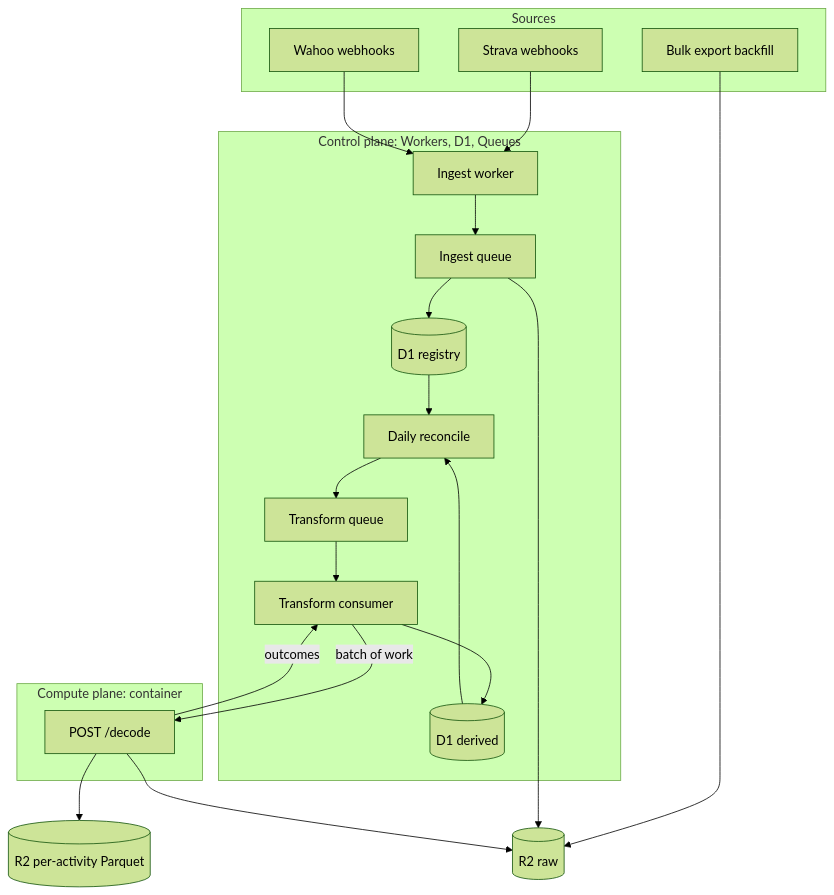
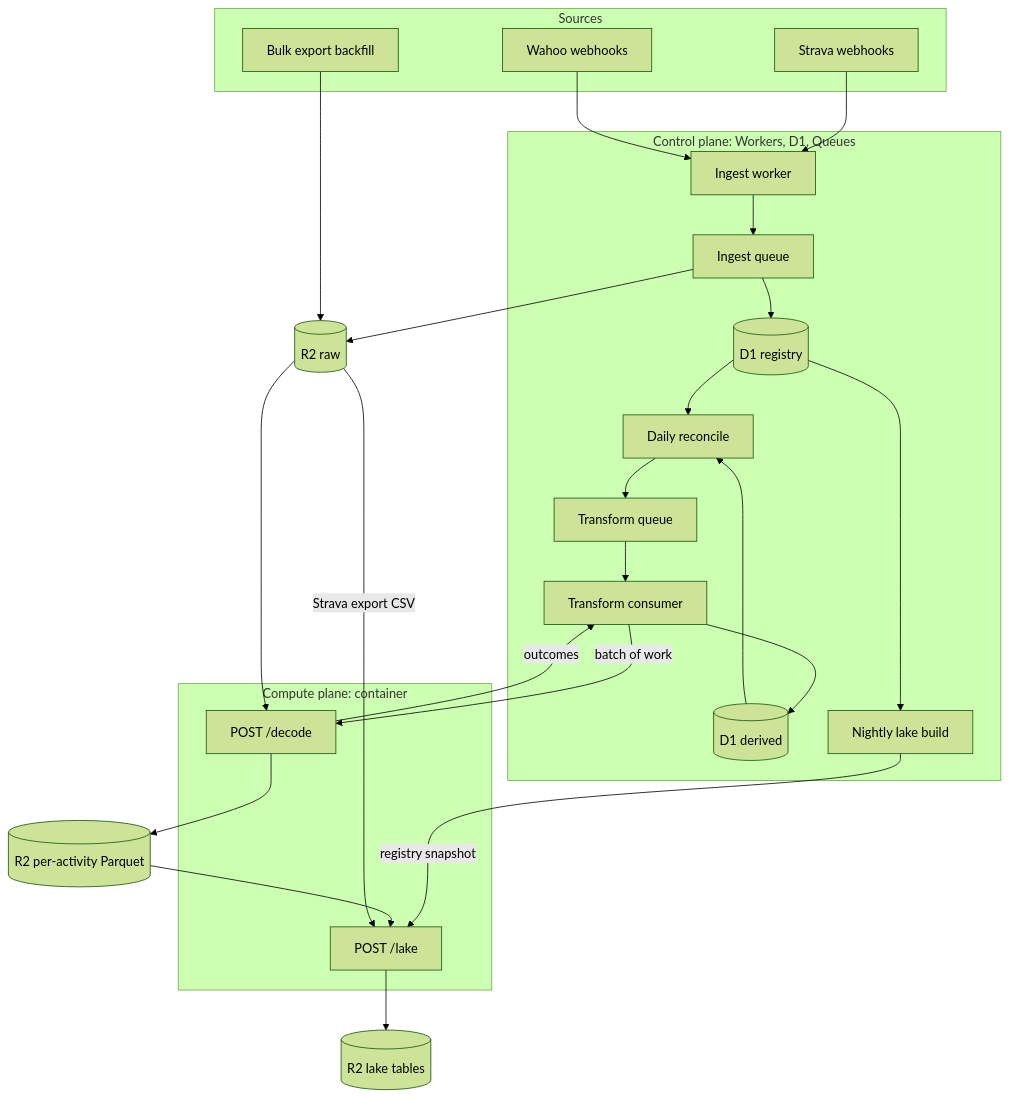
One commit to bendrucker/activity-hub changed the first of 2 diagrams in README.md. Above: the diagram before and after it, drawn with Mermaid (forest theme). The commit also changed other lines of this file and 20 other files, not shown here.

````diff
--- a/README.md
+++ b/README.md
@@ -13,36 +13,43 @@
 ```mermaid
 flowchart TB
     subgraph sources[Sources]
         strava[Strava webhooks]
         wahoo[Wahoo webhooks]
         export[Bulk export backfill]
     end
 
     subgraph control[Control plane: Workers, D1, Queues]
         ingest[Ingest worker]
         iqueue[Ingest queue]
         registry[(D1 registry)]
         cron[Daily reconcile]
         tqueue[Transform queue]
         consumer[Transform consumer]
         derived[(D1 derived)]
+        lakecron[Nightly lake build]
     end
 
     subgraph compute[Compute plane: container]
         decode[POST /decode]
+        lake[POST /lake]
     end
 
     strava --> ingest
     wahoo --> ingest
     ingest --> iqueue --> registry
     export --> raw
     iqueue --> raw[(R2 raw)]
 
     registry --> cron --> tqueue --> consumer
     consumer -->|batch of work| decode
-    decode --> raw
+    raw --> decode
     decode --> parquet[(R2 per-activity Parquet)]
     decode -->|outcomes| consumer
     consumer --> derived
     derived --> cron
+
+    registry --> lakecron -->|registry snapshot| lake
+    parquet --> lake
+    raw -->|Strava export CSV| lake
+    lake --> tables[(R2 lake tables)]
 ```
````
